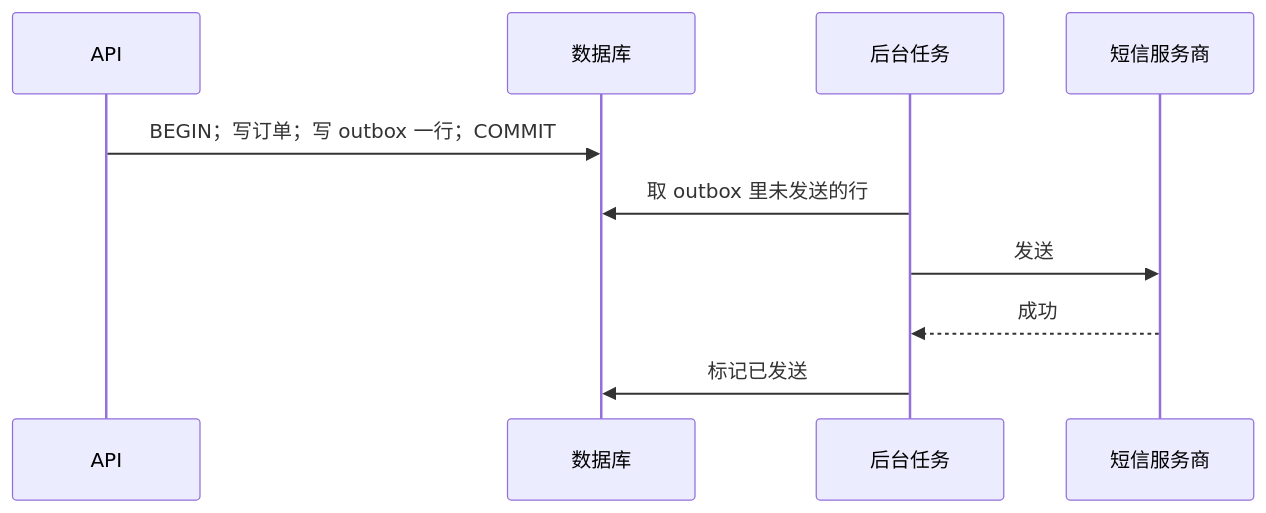
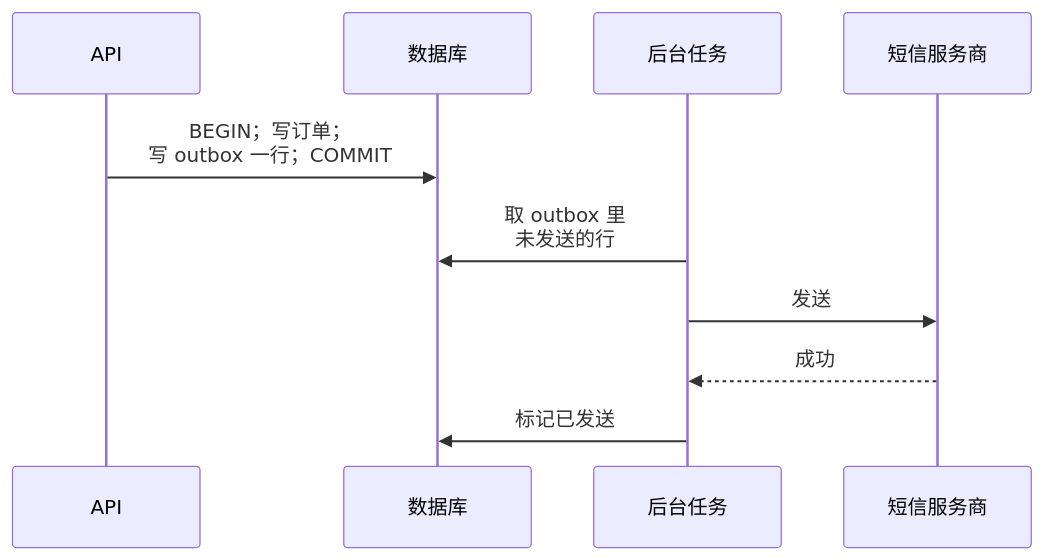
One commit to jarvis-pro/hatch-shelf changed the second of 2 diagrams in books/system-design/06-idempotency-consistency.md. Above: the diagram before and after it, drawn with Mermaid. The commit also changed other lines of this file and 432 other files, not shown here.

````diff
--- a/books/system-design/06-idempotency-consistency.md
+++ b/books/system-design/06-idempotency-consistency.md
@@ -223,12 +225,12 @@
 ```mermaid
 sequenceDiagram
   participant A as API
   participant D as 数据库
   participant W as 后台任务
   participant X as 短信服务商
-  A->>D: BEGIN；写订单；写 outbox 一行；COMMIT
-  W->>D: 取 outbox 里未发送的行
+  A->>D: BEGIN；写订单；<br/>写 outbox 一行；COMMIT
+  W->>D: 取 outbox 里<br/>未发送的行
   W->>X: 发送
   X-->>W: 成功
   W->>D: 标记已发送
 ```
````
